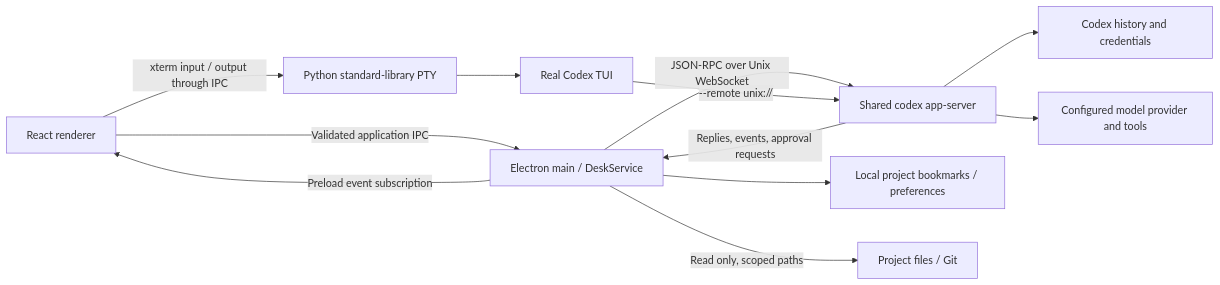
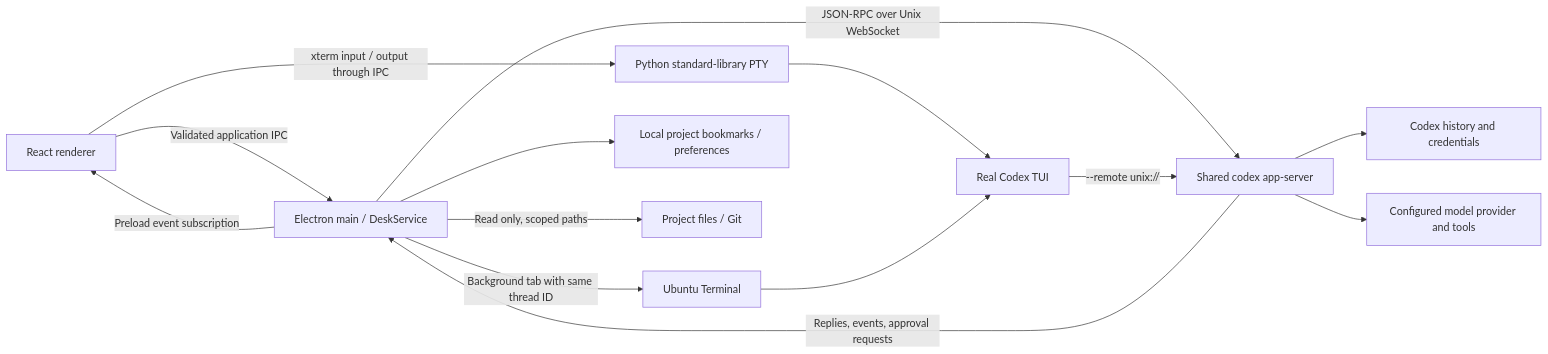
One commit to moristeven477-ship-it/codex-desk changed the diagram in docs/ARCHITECTURE.md. Above: the diagram before and after it, drawn with Mermaid. The commit also changed other lines of this file and 30 other files, not shown here.

Commit message:
feat: prepare background Ubuntu terminals for conversations

````diff
--- a/docs/ARCHITECTURE.md
+++ b/docs/ARCHITECTURE.md
@@ -3,14 +3,16 @@
 ```mermaid
 flowchart LR
   UI[React renderer] -->|Validated application IPC| Main[Electron main / DeskService]
   Main -->|JSON-RPC over Unix WebSocket| Codex[Shared codex app-server]
   CLI[Real Codex TUI] -->|--remote unix://| Codex
   UI -->|xterm input / output through IPC| PTY[Python standard-library PTY]
   PTY --> CLI
+  Main -->|Background tab with same thread ID| GNOME[Ubuntu Terminal]
+  GNOME --> CLI
   Codex -->|Replies, events, approval requests| Main
   Main -->|Preload event subscription| UI
   Main --> Preferences[Local project bookmarks / preferences]
   Main -->|Read only, scoped paths| Files[Project files / Git]
   Codex --> History[Codex history and credentials]
   Codex --> Provider[Configured model provider and tools]
 ```
````
